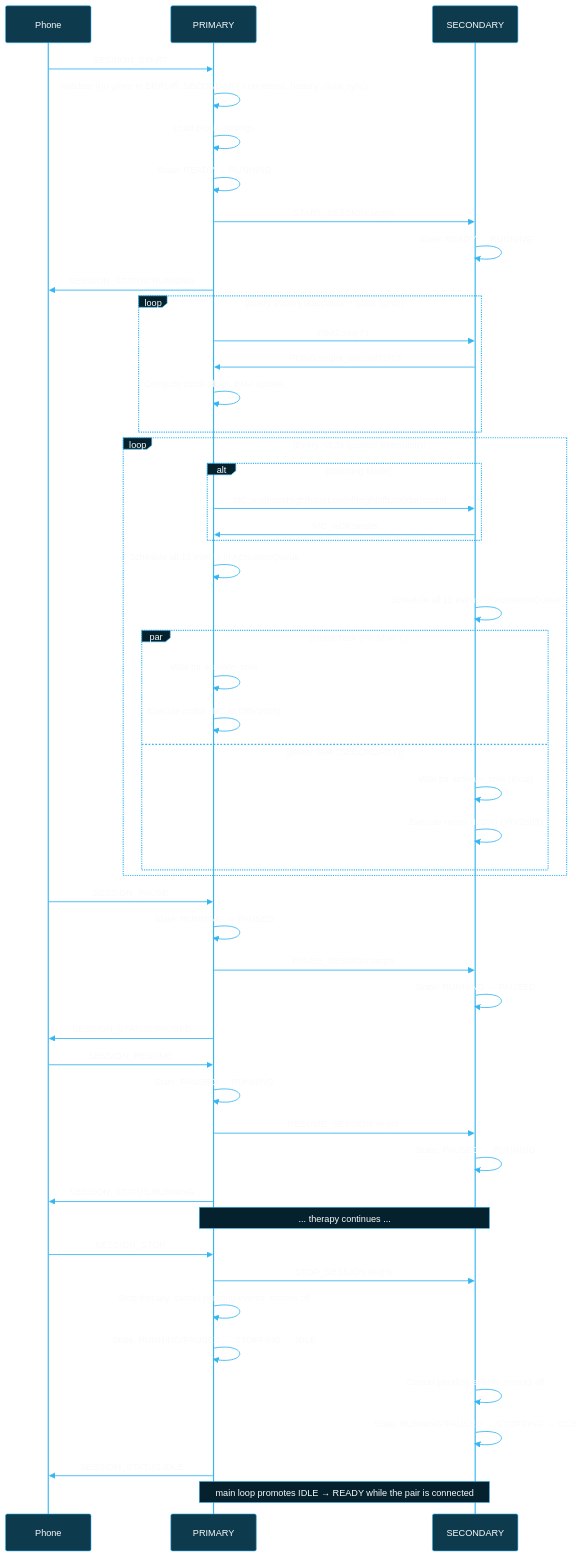
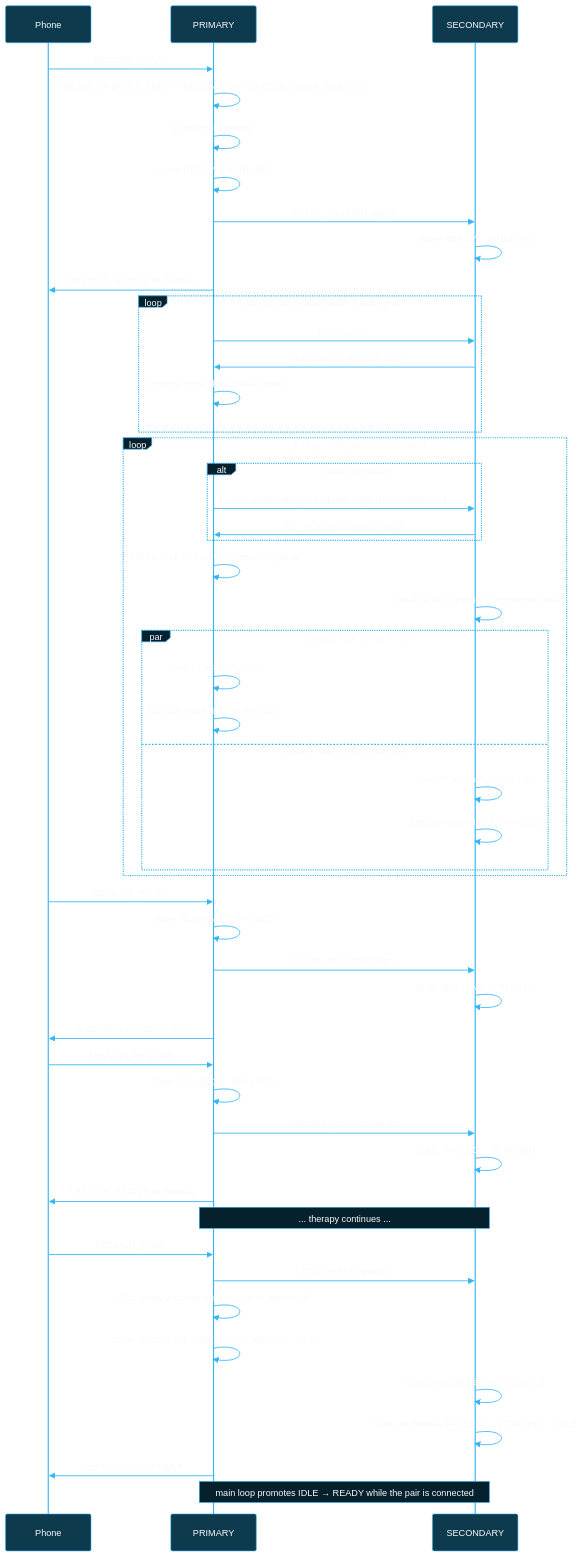
Before and after one commit to BlueBuzzah/BlueBuzzah-Firmware: diagram 11 of 11 in docs/THERAPY_SESSION_FLOW.md, drawn with Mermaid. The commit also changed other lines of this file and 3 other files, not shown here.

Commit message:
docs: document MC_ACK status and margin

```diff
--- a/docs/THERAPY_SESSION_FLOW.md
+++ b/docs/THERAPY_SESSION_FLOW.md
@@ -781,7 +781,7 @@
     loop Every ~3.3s (pattern execution)
         alt Batching Mode
             P->>S: MC:seq|baseHigh|baseLow|offHigh|offLow|dur|count|...
-            S->>P: MC_ACK:seq|ts
+            S->>P: MC_ACK:seq|ts|status|margin
         end
 
         P->>P: Schedule all 12 events in ActivationQueue
```
